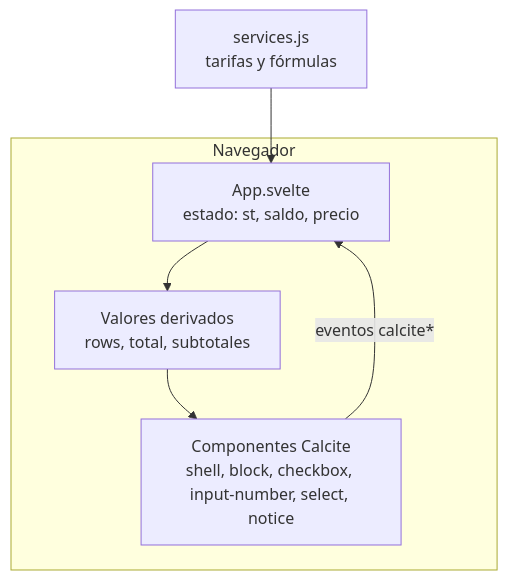
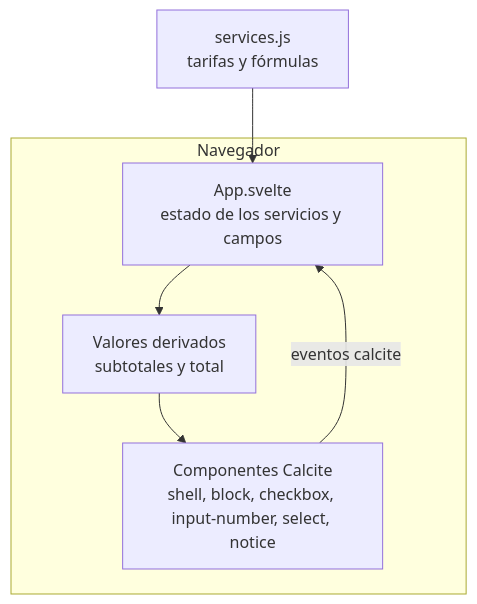
One commit to raisavll/calculadora-creditos-agol changed the second of 2 diagrams in README.md. Above: the diagram before and after it, drawn with Mermaid. The commit also changed other lines of this file, not shown here.

````diff
--- a/README.md
+++ b/README.md
@@ -33,9 +84,9 @@
 ```mermaid
 flowchart TD
   S[services.js<br/>tarifas y fórmulas] --> R
   subgraph Navegador
-    R[App.svelte<br/>estado: st, saldo, precio] --> T[Valores derivados<br/>rows, total, subtotales]
+    R[App.svelte<br/>estado de los servicios y campos] --> T[Valores derivados<br/>subtotales y total]
     T --> UI[Componentes Calcite<br/>shell, block, checkbox, input-number, select, notice]
-    UI -- eventos calcite* --> R
+    UI -- eventos calcite --> R
   end
 ```
````
